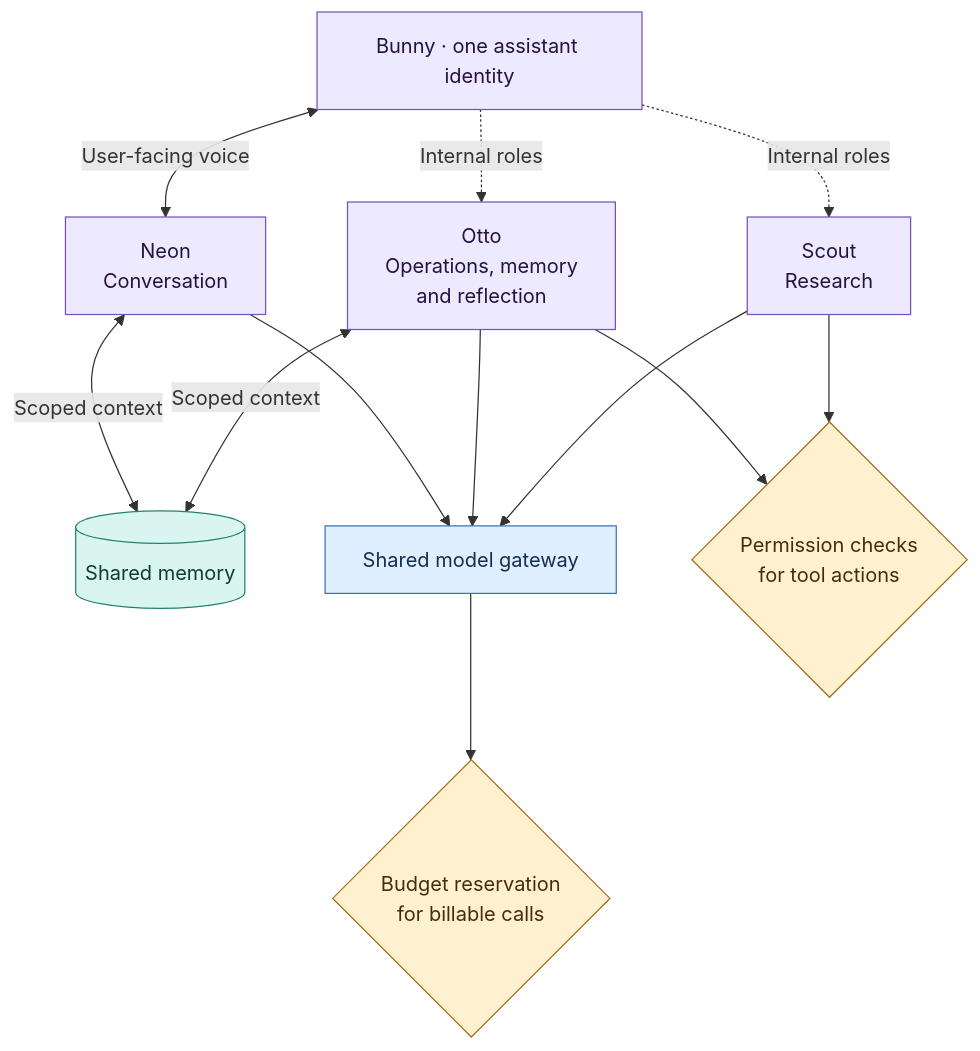
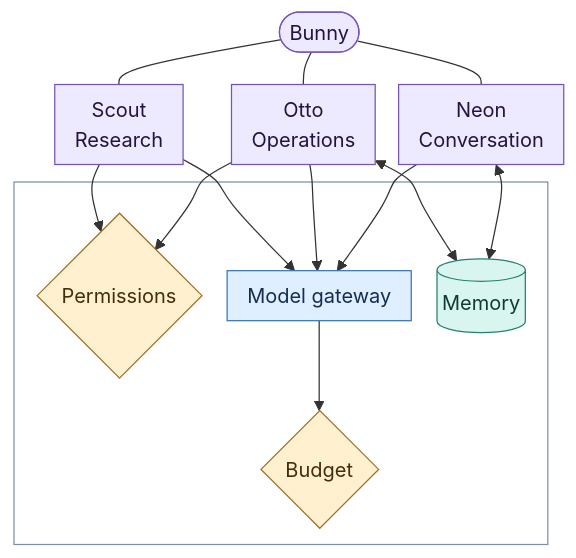
Before and after one commit to nsusheel/Bunny.ai: the third of 3 diagrams in docs/ARCHITECTURE.md, drawn with Mermaid. The commit also changed other lines of this file and 6 other files, not shown here.

Commit message:
docs: refine architecture visual design and reduce diagram density (#4)

````diff
--- a/docs/ARCHITECTURE.md
+++ b/docs/ARCHITECTURE.md
@@ -167,29 +148,38 @@
 ```mermaid
+---
+config:
+  flowchart:
+    nodeSpacing: 16
+    rankSpacing: 26
+    padding: 8
+    subGraphTitleMargin:
+      bottom: 12
+---
 flowchart TB
     accTitle: One Bunny identity and three logical roles
-    accDescr: Neon is the user-facing conversation role. Otto handles operations, memory organisation and reflection. Scout researches. Neon and Otto use shared memory. The roles use a model gateway with a budget gate, and a permission gate for tool actions.
-    Bunny["Bunny · one assistant identity"]
+    accDescr: Neon is Bunny's conversation role. Otto handles operations and Scout researches. Neon and Otto share memory. All three use the model gateway and reserve budget for billable requests. Otto and Scout use the permission layer for tools. Neon starts with delegated results only.
+    Bunny(["Bunny"])
+    Scout["Scout<br/>Research"]
+    Otto["Otto<br/>Operations"]
     Neon["Neon<br/>Conversation"]
-    Otto["Otto<br/>Operations, memory<br/>and reflection"]
-    Scout["Scout<br/>Research"]
-    Shared[("Shared memory")]
-    Gateway["Shared model gateway"]
-    Budget{"Budget reservation<br/>for billable calls"}
-    Permissions{"Permission checks<br/>for tool actions"}
+    subgraph Services[" "]
+        P{"Permissions"}
+        G["Model gateway"] --> B{"Budget"}
+        M[(Memory)]
+    end
 
-    Bunny <-->|"User-facing voice"| Neon
-    Bunny -.->|"Internal roles"| Otto & Scout
-    Neon & Otto <-->|"Scoped context"| Shared
-    Neon & Otto & Scout --> Gateway
-    Gateway --> Budget
-    Otto & Scout --> Permissions
+    Bunny --- Scout & Otto & Neon
+    Neon & Otto <--> M
+    Neon & Otto & Scout --> G
+    Otto & Scout --> P
 
     classDef core fill:#ede9fe,stroke:#7554ba,color:#241341
     classDef state fill:#d9f5ef,stroke:#268171,color:#103a34
     classDef model fill:#e0efff,stroke:#3975b6,color:#142e52
     classDef gate fill:#fff0cf,stroke:#9d701d,color:#462d0a
+    style Services fill:transparent,stroke:#8090a4
     class Bunny,Neon,Otto,Scout core
-    class Shared state
-    class Gateway model
-    class Budget,Permissions gate
+    class M state
+    class G model
+    class B,P gate
 ```
````
